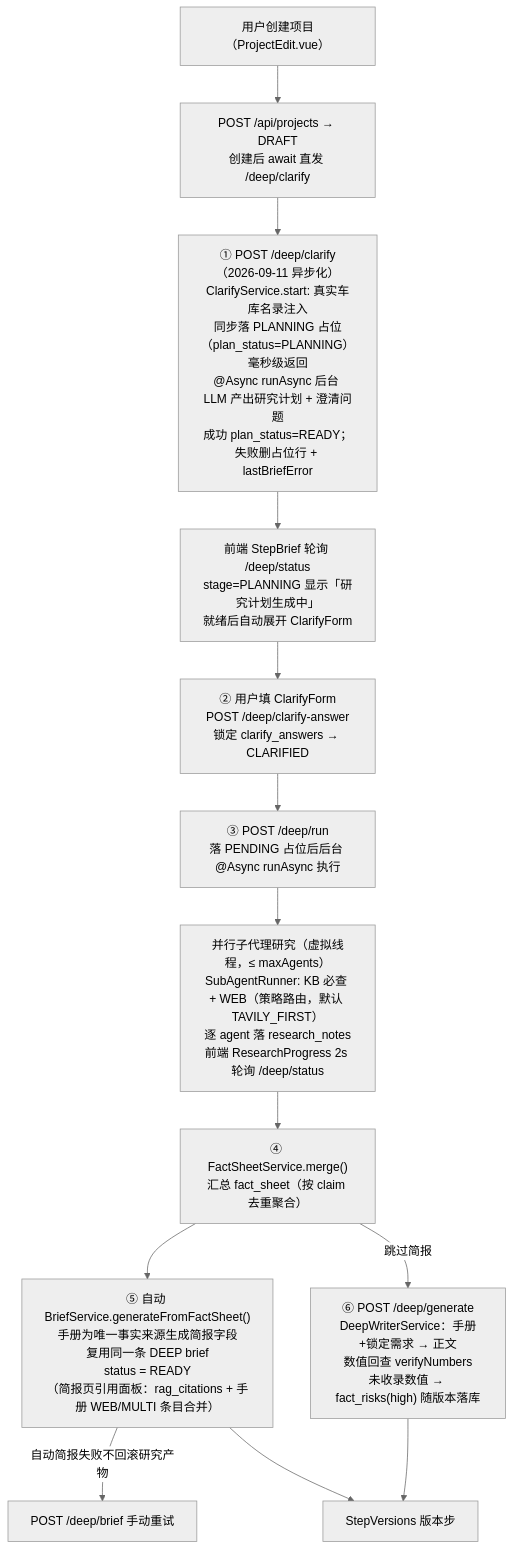
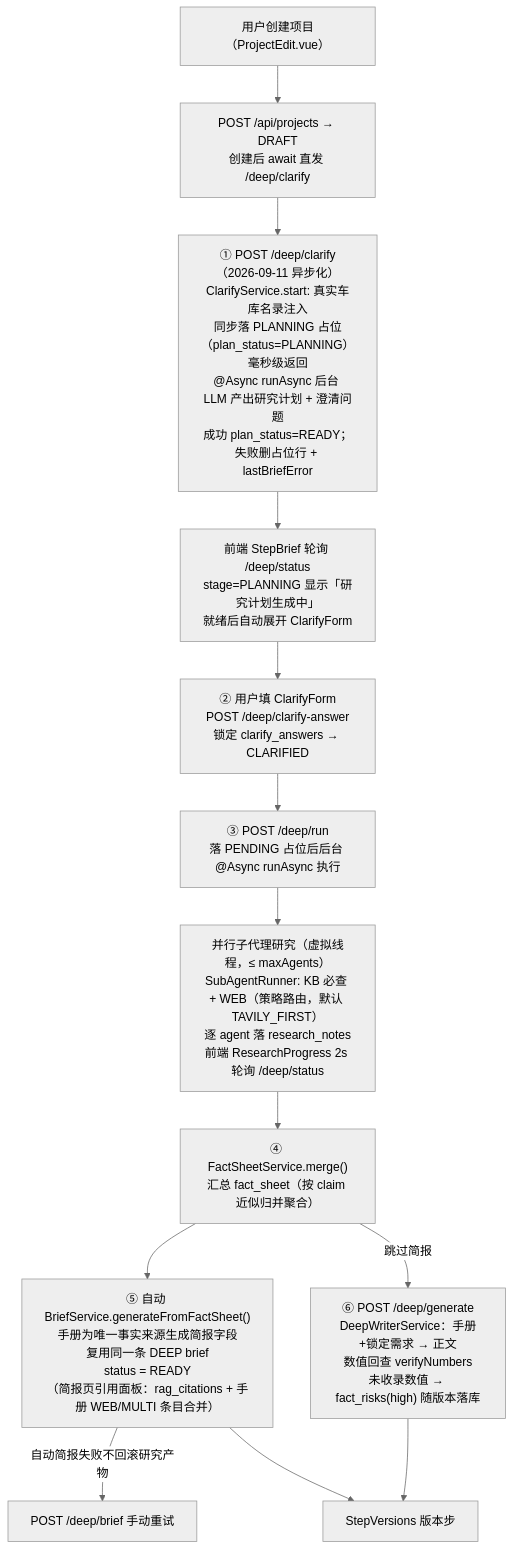
One commit to openshell/sparkora changed the diagram in docs/spec/brief-generation.md. Above: the diagram before and after it, drawn with Mermaid (neutral theme). The commit also changed other lines of this file and 13 other files, not shown here.

````diff
--- a/docs/spec/brief-generation.md
+++ b/docs/spec/brief-generation.md
@@ -16,15 +16,15 @@
 ```mermaid
 graph TD
     U["用户创建项目（ProjectEdit.vue）"] --> C0["POST /api/projects → DRAFT<br/>创建后 await 直发 /deep/clarify"]
     C0 --> D1["① POST /deep/clarify（2026-09-11 异步化）<br/>ClarifyService.start: 真实车库名录注入<br/>同步落 PLANNING 占位（plan_status=PLANNING）毫秒级返回<br/>@Async runAsync 后台 LLM 产出研究计划 + 澄清问题<br/>成功 plan_status=READY；失败删占位行 + lastBriefError"]
     D1 --> D1b["前端 StepBrief 轮询 /deep/status<br/>stage=PLANNING 显示「研究计划生成中」<br/>就绪后自动展开 ClarifyForm"]
     D1b --> D2["② 用户填 ClarifyForm<br/>POST /deep/clarify-answer<br/>锁定 clarify_answers → CLARIFIED"]
     D2 --> D3["③ POST /deep/run<br/>落 PENDING 占位后后台 @Async runAsync 执行"]
     D3 --> D4["并行子代理研究（虚拟线程，≤ maxAgents）<br/>SubAgentRunner: KB 必查 + WEB（策略路由，默认 TAVILY_FIRST）<br/>逐 agent 落 research_notes<br/>前端 ResearchProgress 2s 轮询 /deep/status"]
-    D4 --> D5["④ FactSheetService.merge()<br/>汇总 fact_sheet（按 claim 去重聚合）"]
+    D4 --> D5["④ FactSheetService.merge()<br/>汇总 fact_sheet（按 claim 近似归并聚合）"]
     D5 --> D6["⑤ 自动 BriefService.generateFromFactSheet()<br/>手册为唯一事实来源生成简报字段<br/>复用同一条 DEEP brief<br/>status = READY<br/>（简报页引用面板：rag_citations + 手册 WEB/MULTI 条目合并）"]
     D6 -->|"自动简报失败不回滚研究产物"| D7["POST /deep/brief 手动重试"]
     D5 -->|"跳过简报"| D8["⑥ POST /deep/generate<br/>DeepWriterService：手册+锁定需求 → 正文<br/>数值回查 verifyNumbers<br/>未收录数值 → fact_risks(high) 随版本落库"]
     D6 --> V["StepVersions 版本步"]
     D8 --> V
 ```
````
